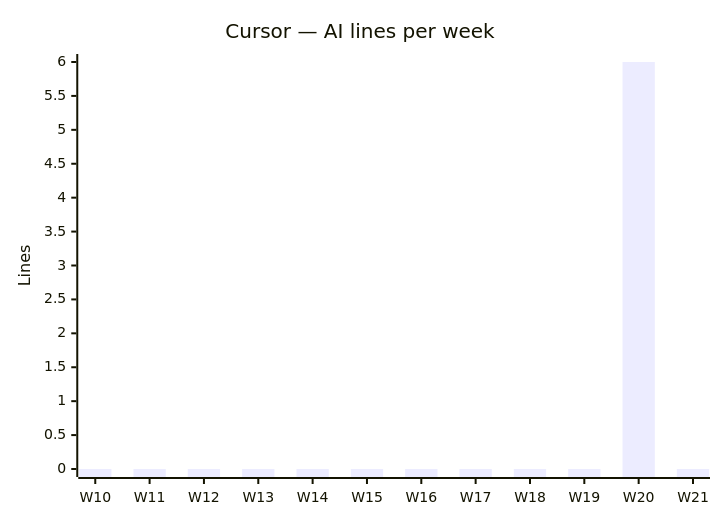
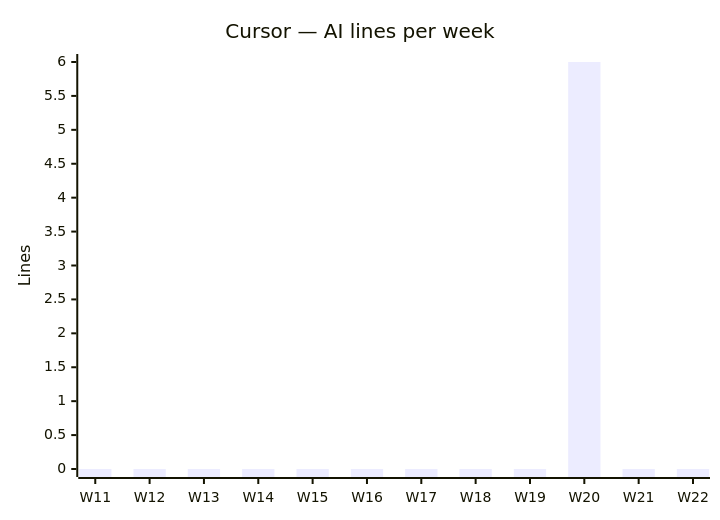
The fourth of 4 diagrams in docs/AI_USAGE.md (fromwaydowntown/ai-use), drawn with Mermaid before and after one commit. The commit also changed other lines of this file, not shown here.

````diff
--- a/docs/AI_USAGE.md
+++ b/docs/AI_USAGE.md
@@ -49,7 +49,7 @@
 ```mermaid
 xychart-beta
     title "Cursor — AI lines per week"
-    x-axis ["W10", "W11", "W12", "W13", "W14", "W15", "W16", "W17", "W18", "W19", "W20", "W21"]
+    x-axis ["W11", "W12", "W13", "W14", "W15", "W16", "W17", "W18", "W19", "W20", "W21", "W22"]
     y-axis "Lines"
-    bar [0, 0, 0, 0, 0, 0, 0, 0, 0, 0, 6, 0]
+    bar [0, 0, 0, 0, 0, 0, 0, 0, 0, 6, 0, 0]
 ```
````
